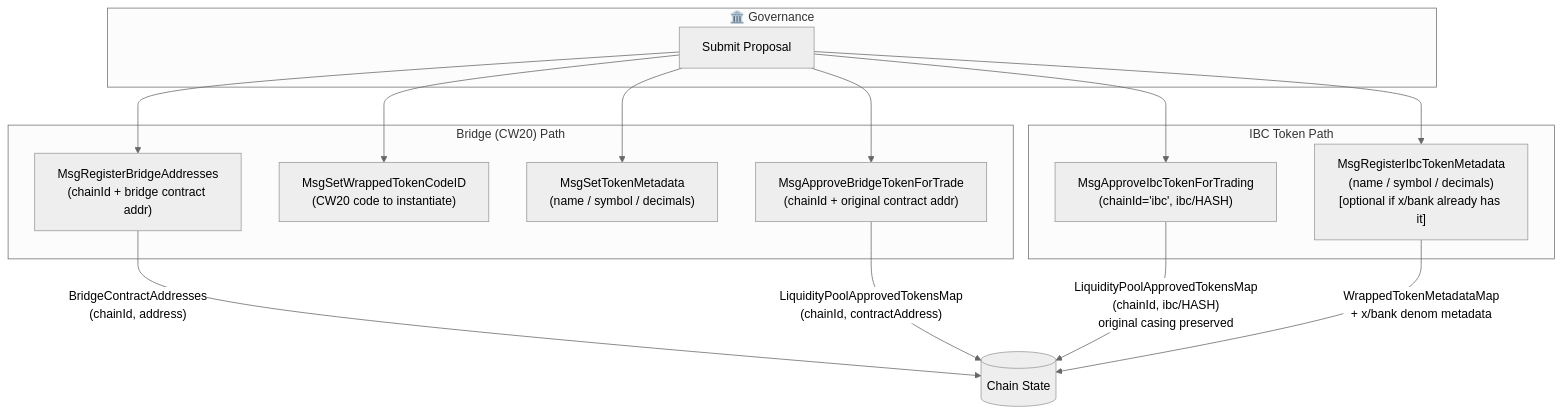
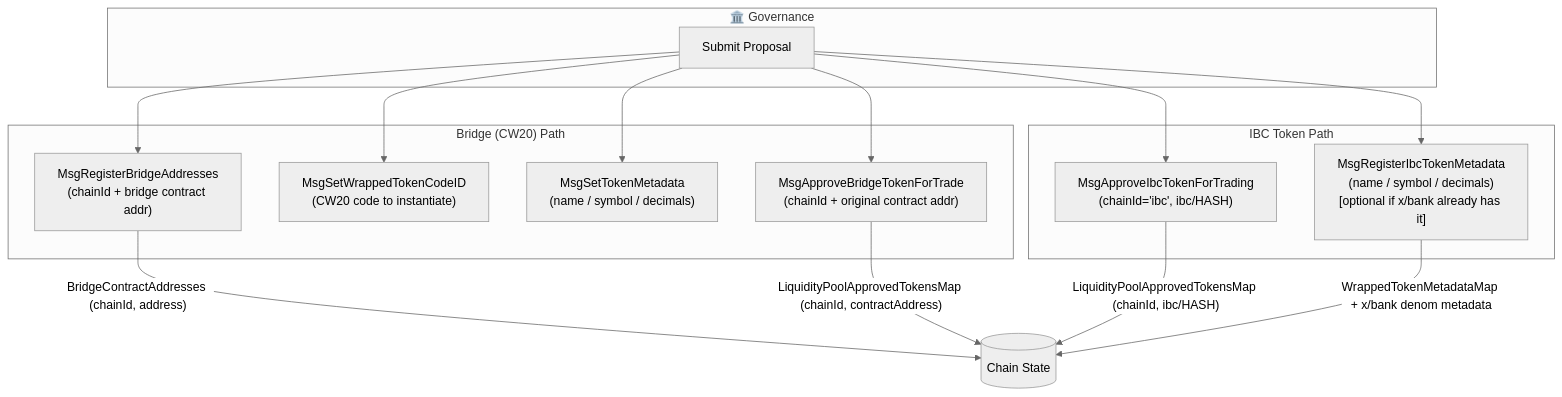
Before and after one commit to gonka-ai/gonka: the first of 8 diagrams in proposals/ibc-pool-trade-support/token_cycle_infographic.md, drawn with Mermaid (neutral theme). The commit also changed other lines of this file and 949 other files, not shown here.

````diff
--- a/proposals/ibc-pool-trade-support/token_cycle_infographic.md
+++ b/proposals/ibc-pool-trade-support/token_cycle_infographic.md
@@ -9,30 +9,30 @@
 ```mermaid
 flowchart TD
     subgraph GOV["🏛️ Governance"]
         G1["Submit Proposal"]
     end
 
     subgraph BRIDGE_SETUP["Bridge (CW20) Path"]
-        B1["MsgRegisterBridgeAddresses\n(chainId + bridge contract addr)"]
-        B2["MsgSetWrappedTokenCodeID\n(CW20 code to instantiate)"]
-        B3["MsgSetTokenMetadata\n(name / symbol / decimals)"]
-        B4["MsgApproveBridgeTokenForTrade\n(chainId + original contract addr)"]
+        B1["MsgRegisterBridgeAddresses<br/>(chainId + bridge contract addr)"]
+        B2["MsgSetWrappedTokenCodeID<br/>(CW20 code to instantiate)"]
+        B3["MsgSetTokenMetadata<br/>(name / symbol / decimals)"]
+        B4["MsgApproveBridgeTokenForTrade<br/>(chainId + original contract addr)"]
     end
 
     subgraph IBC_SETUP["IBC Token Path"]
-        I1["MsgApproveIbcTokenForTrading\n(chainId='ibc', ibc/HASH)"]
-        I2["MsgRegisterIbcTokenMetadata\n(name / symbol / decimals)\n[optional if x/bank already has it]"]
+        I1["MsgApproveIbcTokenForTrading<br/>(chainId='ibc', ibc/HASH)"]
+        I2["MsgRegisterIbcTokenMetadata<br/>(name / symbol / decimals)<br/>[optional if x/bank already has it]"]
     end
 
     G1 --> B1
     G1 --> B2
     G1 --> B3
     G1 --> B4
     G1 --> I1
     G1 --> I2
 
-    B1 -->|"BridgeContractAddresses\n(chainId, address)"| S1[(Chain State)]
-    B4 -->|"LiquidityPoolApprovedTokensMap\n(chainId, contractAddress)"| S1
-    I1 -->|"LiquidityPoolApprovedTokensMap\n(chainId, ibc/HASH)\noriginal casing preserved"| S1
-    I2 -->|"WrappedTokenMetadataMap\n+ x/bank denom metadata"| S1
+    B1 -->|"BridgeContractAddresses (chainId, address)"| S1[(Chain State)]
+    B4 -->|"LiquidityPoolApprovedTokensMap (chainId, contractAddress)"| S1
+    I1 -->|"LiquidityPoolApprovedTokensMap (chainId, ibc/HASH)"| S1
+    I2 -->|"WrappedTokenMetadataMap + x/bank denom metadata"| S1
 ```
````
